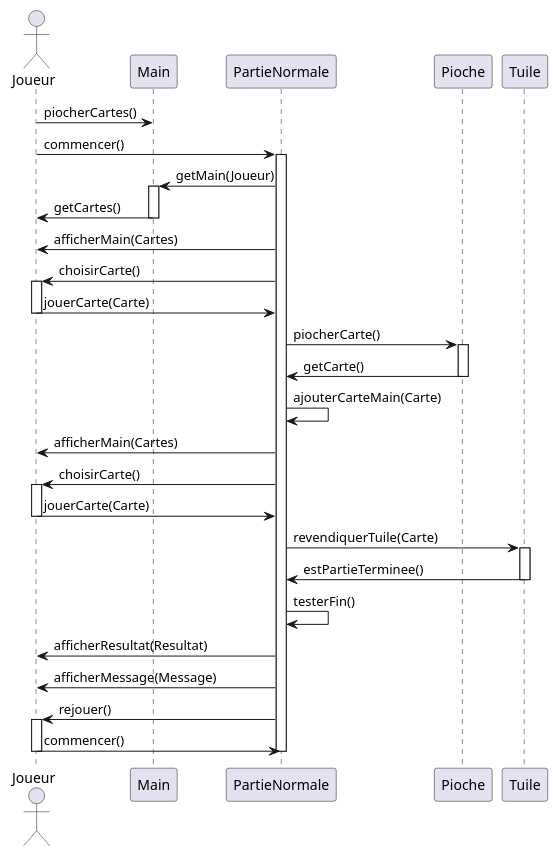
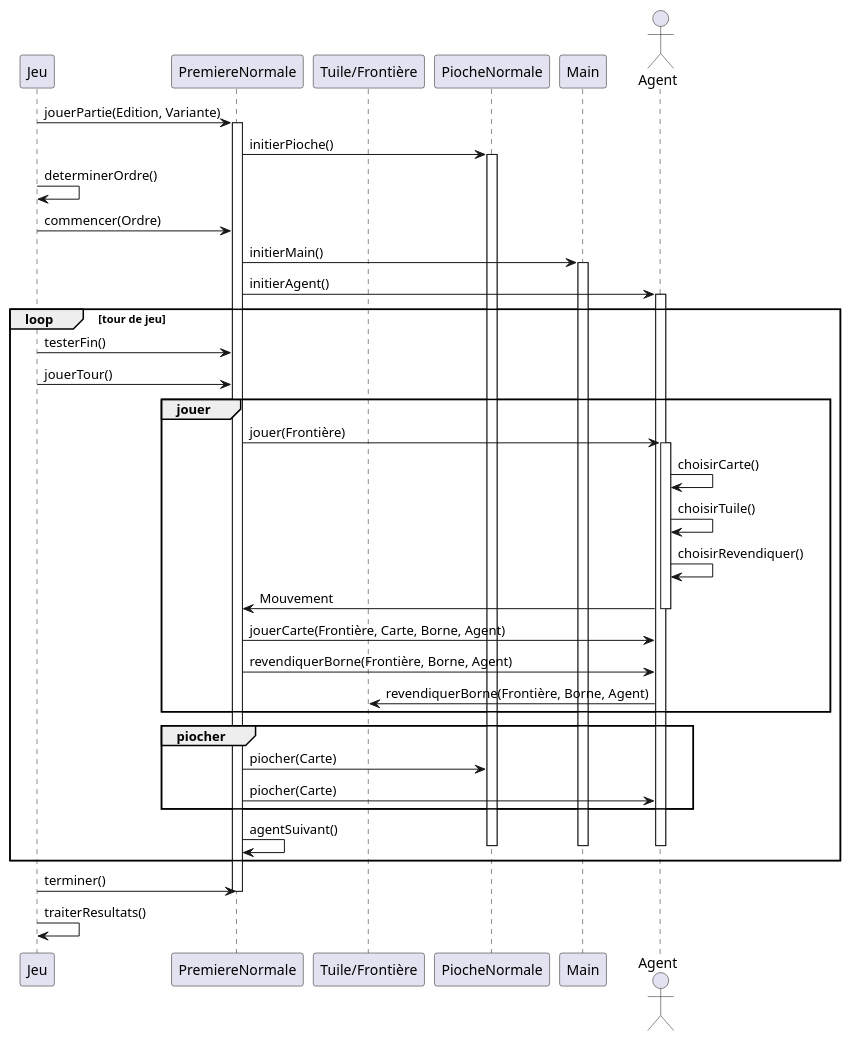
Before and after one commit to Ocean2356/SchottenTotten_OOP-Cpp: the diagram in plantuml/diagrammeDeSéquence.plantuml, drawn with PlantUML.

Commit message:
diagramme de séquence

```diff
--- a/plantuml/diagrammeDeSéquence.plantuml
+++ b/plantuml/diagrammeDeSéquence.plantuml
@@ -1,38 +1,54 @@
 @startuml diagramme de séquence
-actor Joueur
 
-Joueur -> Main: piocherCartes()
-Joueur -> PartieNormale: commencer()
-activate PartieNormale
-PartieNormale -> Main: getMain(Joueur)
+skinparam responseMessageBelowArrow true
+
+participant Jeu
+participant PremiereNormale
+participant "Tuile/Frontière" as Tuile
+participant PiocheNormale
+participant Main
+actor Agent
+
+Jeu -> PremiereNormale: jouerPartie(Edition, Variante)
+activate PremiereNormale
+PremiereNormale -> PiocheNormale: initierPioche()
+activate PiocheNormale
+Jeu -> Jeu: determinerOrdre()
+Jeu -> PremiereNormale: commencer(Ordre)
+PremiereNormale -> Main: initierMain()
 activate Main
-Main -> Joueur: getCartes()
-deactivate Main
-PartieNormale -> Joueur: afficherMain(Cartes)
-PartieNormale -> Joueur: choisirCarte()
-activate Joueur
-Joueur -> PartieNormale: jouerCarte(Carte)
-deactivate Joueur
-PartieNormale -> Pioche: piocherCarte()
-activate Pioche
-Pioche -> PartieNormale: getCarte()
-deactivate Pioche
-PartieNormale -> PartieNormale: ajouterCarteMain(Carte)
-PartieNormale -> Joueur: afficherMain(Cartes)
-PartieNormale -> Joueur: choisirCarte()
-activate Joueur
-Joueur -> PartieNormale: jouerCarte(Carte)
-deactivate Joueur
-PartieNormale -> Tuile: revendiquerTuile(Carte)
-activate Tuile
-Tuile -> PartieNormale: estPartieTerminee()
-deactivate Tuile
-PartieNormale -> PartieNormale: testerFin()
-PartieNormale -> Joueur: afficherResultat(Resultat)
-PartieNormale -> Joueur: afficherMessage(Message)
-PartieNormale -> Joueur: rejouer()
-activate Joueur
-Joueur -> PartieNormale: commencer()
-deactivate Joueur
-deactivate PartieNormale
+PremiereNormale -> Agent: initierAgent()
+activate Agent
+
+loop tour de jeu
+    Jeu -> PremiereNormale: testerFin()
+    Jeu -> PremiereNormale: jouerTour()
+    group jouer
+        PremiereNormale -> Agent: jouer(Frontière)
+        activate Agent
+        Agent -> Agent: choisirCarte()
+        Agent -> Agent: choisirTuile()
+        Agent -> Agent: choisirRevendiquer()
+        Agent -> PremiereNormale: Mouvement
+        deactivate Agent
+        PremiereNormale -> Agent: jouerCarte(Frontière, Carte, Borne, Agent)
+        PremiereNormale -> Agent: revendiquerBorne(Frontière, Borne, Agent)
+        Agent -> Tuile: revendiquerBorne(Frontière, Borne, Agent)
+    end
+    
+    group piocher
+        PremiereNormale -> PiocheNormale: piocher(Carte)
+        PremiereNormale -> Agent: piocher(Carte)
+    end
+
+    PremiereNormale -> PremiereNormale: agentSuivant()
+    deactivate PiocheNormale
+    deactivate Main
+    deactivate Agent
+end
+
+Jeu -> PremiereNormale: terminer()
+deactivate PremiereNormale
+Jeu -> Jeu: traiterResultats()
+
 @enduml
```
